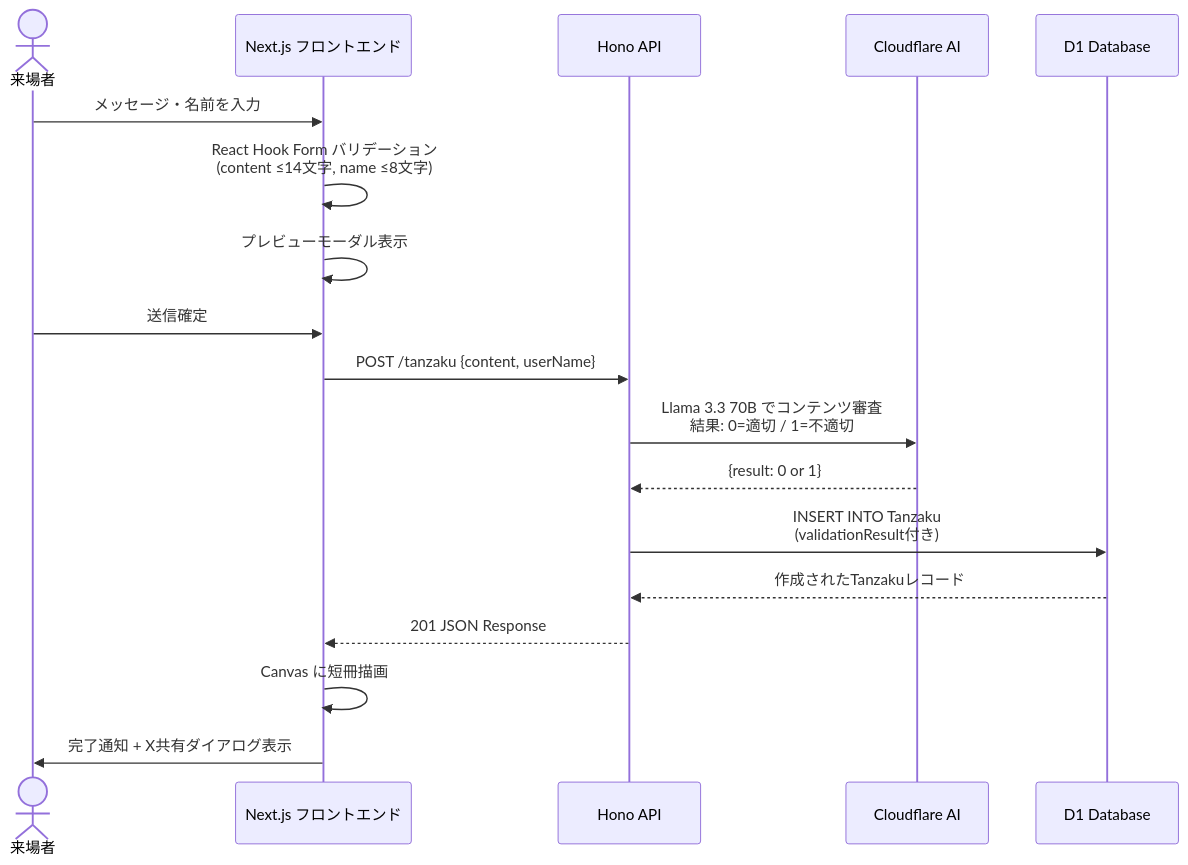
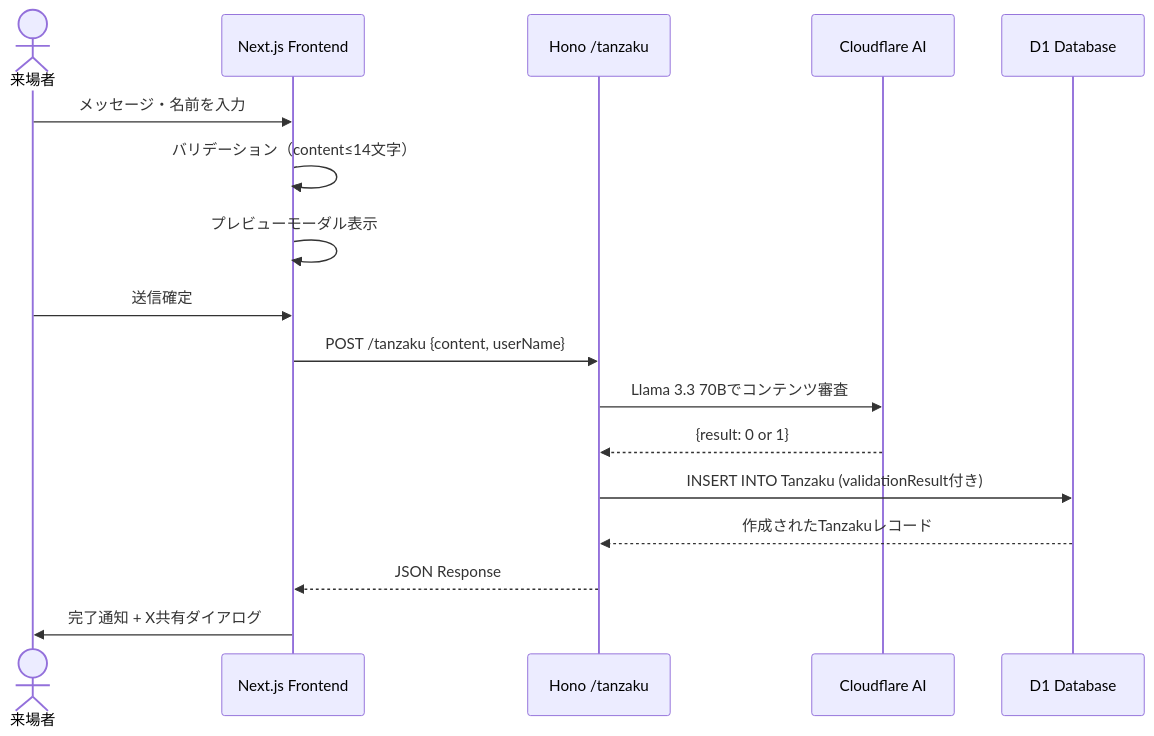
Before and after one commit to itl-marubu/tanzakuv2: the sixth of 9 diagrams in docs/system-overview.md, drawn with Mermaid. The commit also changed other lines of this file, not shown here.

````diff
--- a/docs/system-overview.md
+++ b/docs/system-overview.md
@@ -296,21 +335,20 @@
 ```mermaid
 sequenceDiagram
     actor User as 来場者
-    participant FE as Next.js フロントエンド
-    participant API as Hono API
+    participant FE as Next.js Frontend
+    participant API as Hono /tanzaku
     participant AI as Cloudflare AI
     participant DB as D1 Database
 
     User->>FE: メッセージ・名前を入力
-    FE->>FE: React Hook Form バリデーション<br/>(content ≤14文字, name ≤8文字)
+    FE->>FE: バリデーション（content≤14文字）
     FE->>FE: プレビューモーダル表示
     User->>FE: 送信確定
     FE->>API: POST /tanzaku {content, userName}
-    API->>AI: Llama 3.3 70B でコンテンツ審査<br/>結果: 0=適切 / 1=不適切
+    API->>AI: Llama 3.3 70Bでコンテンツ審査
     AI-->>API: {result: 0 or 1}
-    API->>DB: INSERT INTO Tanzaku<br/>(validationResult付き)
+    API->>DB: INSERT INTO Tanzaku (validationResult付き)
     DB-->>API: 作成されたTanzakuレコード
-    API-->>FE: 201 JSON Response
-    FE->>FE: Canvas に短冊描画
-    FE->>User: 完了通知 + X共有ダイアログ表示
+    API-->>FE: JSON Response
+    FE->>User: 完了通知 + X共有ダイアログ
 ```
````
